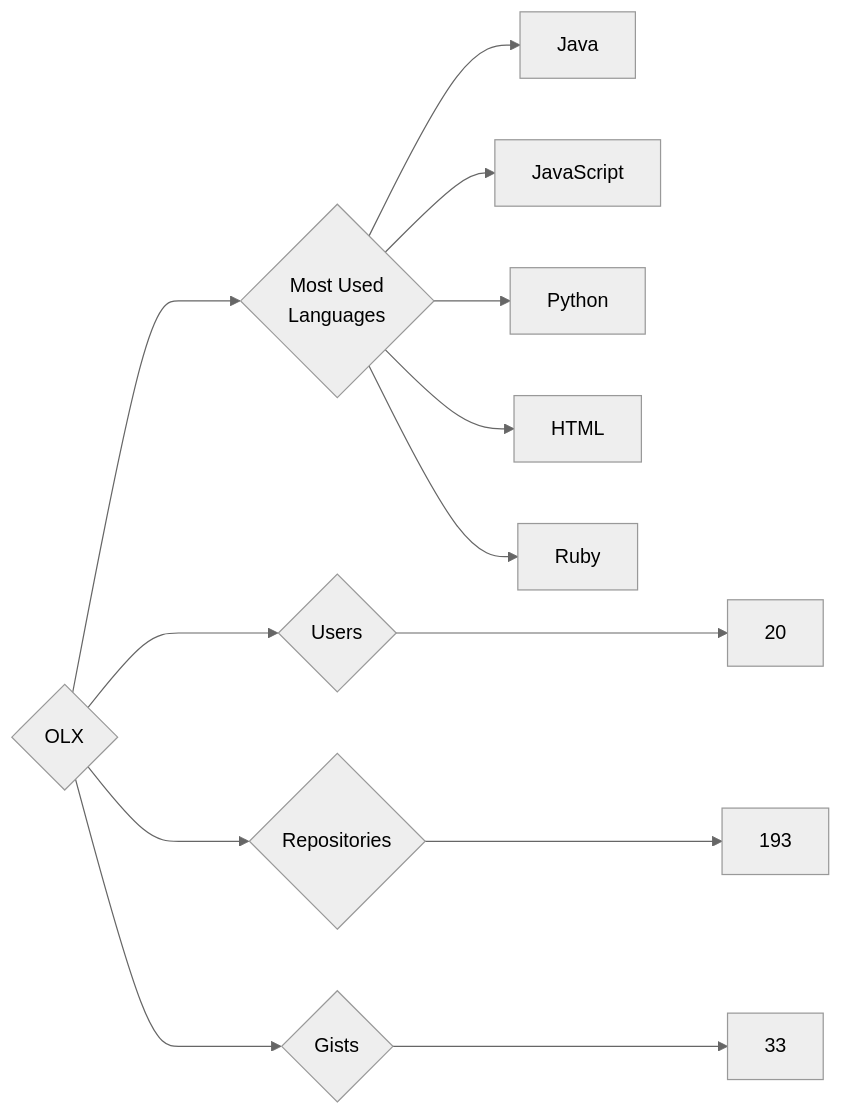
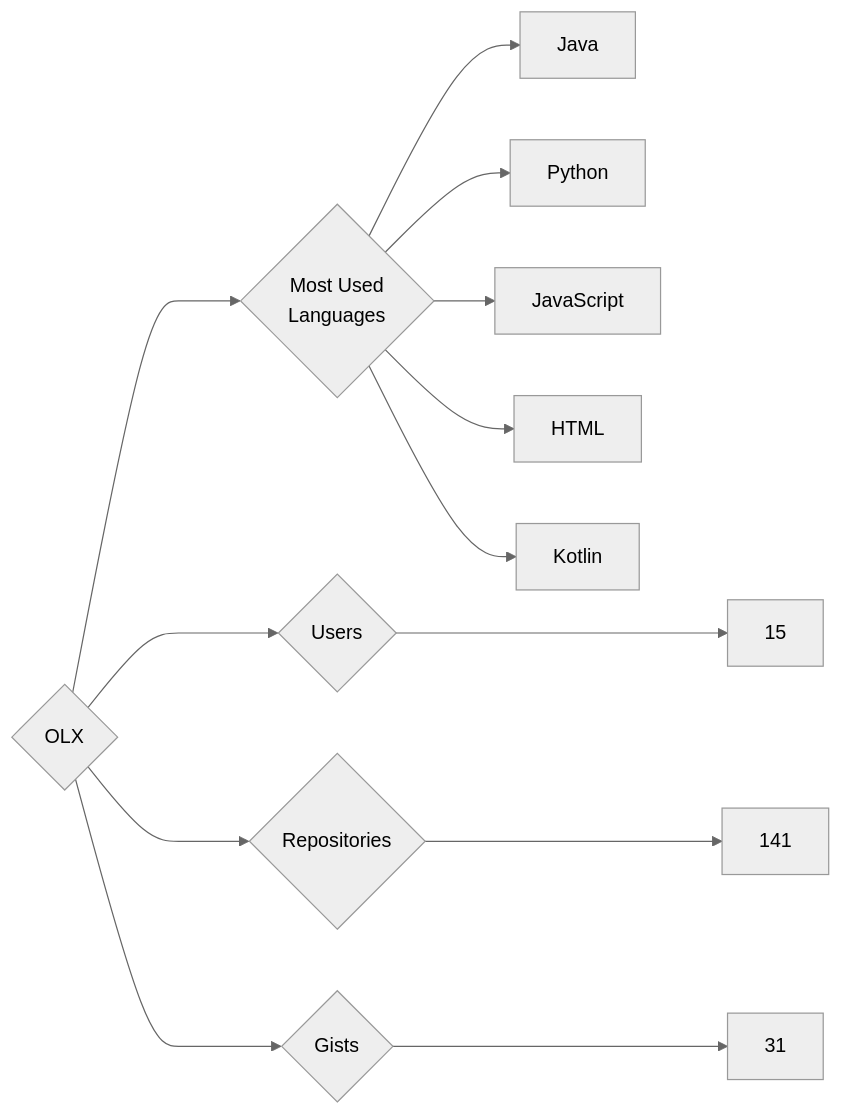
One commit to trickest/insiders changed the diagram in targets/OLX/README.md. Above: the diagram before and after it, drawn with Mermaid (neutral theme). The commit also changed 965 other files, not shown here.

````diff
--- a/targets/OLX/README.md
+++ b/targets/OLX/README.md
@@ -3,13 +3,13 @@
 ```mermaid
 graph LR
 COMPANY_NAME{OLX}
-COMPANY_NAME ---> U{Users} ---> UN[20]
-COMPANY_NAME ---> R{Repositories} ---> RN[193]
-COMPANY_NAME ---> G{Gists} ---> GN[33]
+COMPANY_NAME ---> U{Users} ---> UN[15]
+COMPANY_NAME ---> R{Repositories} ---> RN[141]
+COMPANY_NAME ---> G{Gists} ---> GN[31]
 COMPANY_NAME ---> ML{Most Used<br>Languages}
 ML --> Java[Java]
+ML --> Python[Python]
 ML --> JavaScript[JavaScript]
-ML --> Python[Python]
 ML --> HTML[HTML]
-ML --> Ruby[Ruby]
+ML --> Kotlin[Kotlin]
 ```
````
